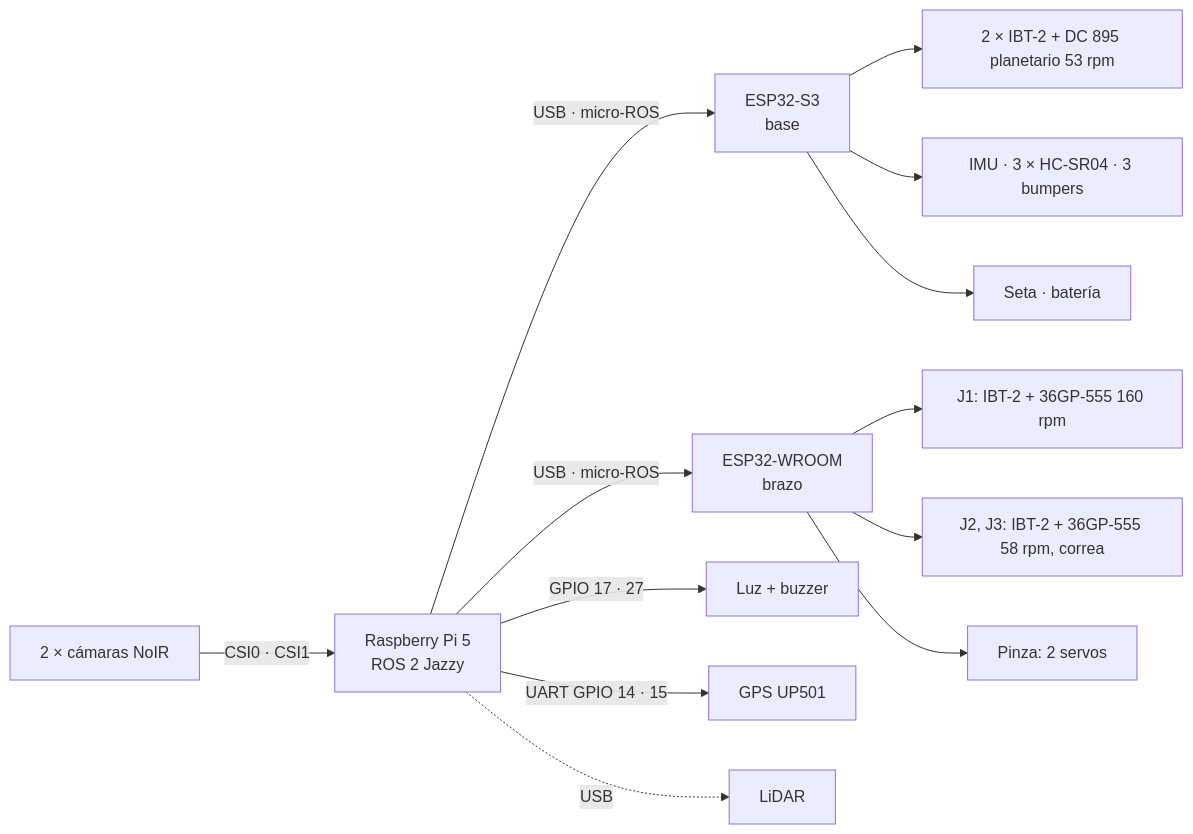
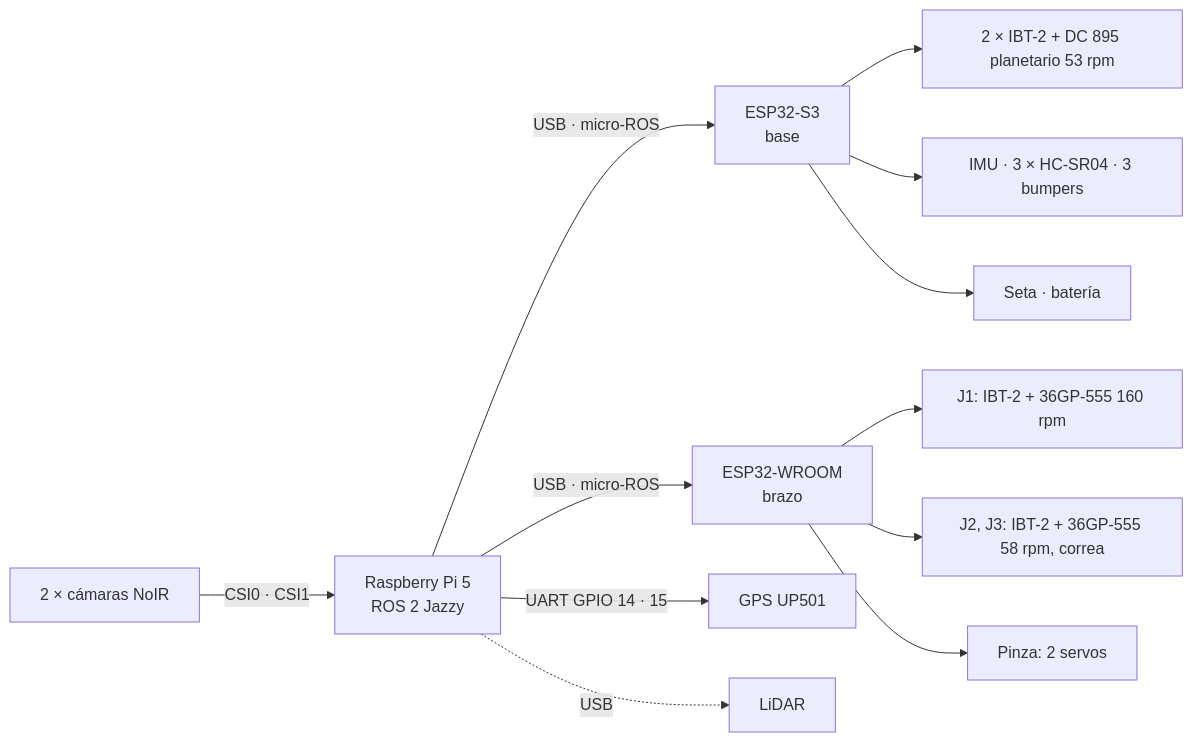
Before and after one commit to HecVelaz/recolector_de_frutas: the diagram in docs/CONEXIONES.md, drawn with Mermaid. The commit also changed other lines of this file and 3 other files, not shown here.

Commit message:
Sin luz ni buzzer hasta después de la prueba integrada (H8 pendiente)

````diff
--- a/docs/CONEXIONES.md
+++ b/docs/CONEXIONES.md
@@ -12,15 +12,14 @@
 ```mermaid
 flowchart LR
   CAM[2 × cámaras NoIR] -- CSI0 · CSI1 --> PI[Raspberry Pi 5<br/>ROS 2 Jazzy]
   PI -- USB · micro-ROS --> S3[ESP32-S3<br/>base]
   PI -- USB · micro-ROS --> WR[ESP32-WROOM<br/>brazo]
-  PI -- GPIO 17 · 27 --> IND[Luz + buzzer]
   PI -- UART GPIO 14 · 15 --> GPS[GPS UP501]
   PI -. USB .-> LID[LiDAR]
   S3 --> TR[2 × IBT-2 + DC 895 planetario 53 rpm]
   S3 --> SEN[IMU · 3 × HC-SR04 · 3 bumpers]
   S3 --> SEG[Seta · batería]
   WR --> J1[J1: IBT-2 + 36GP-555 160 rpm]
   WR --> J23[J2, J3: IBT-2 + 36GP-555 58 rpm, correa]
   WR --> PZ[Pinza: 2 servos]
 ```
````
